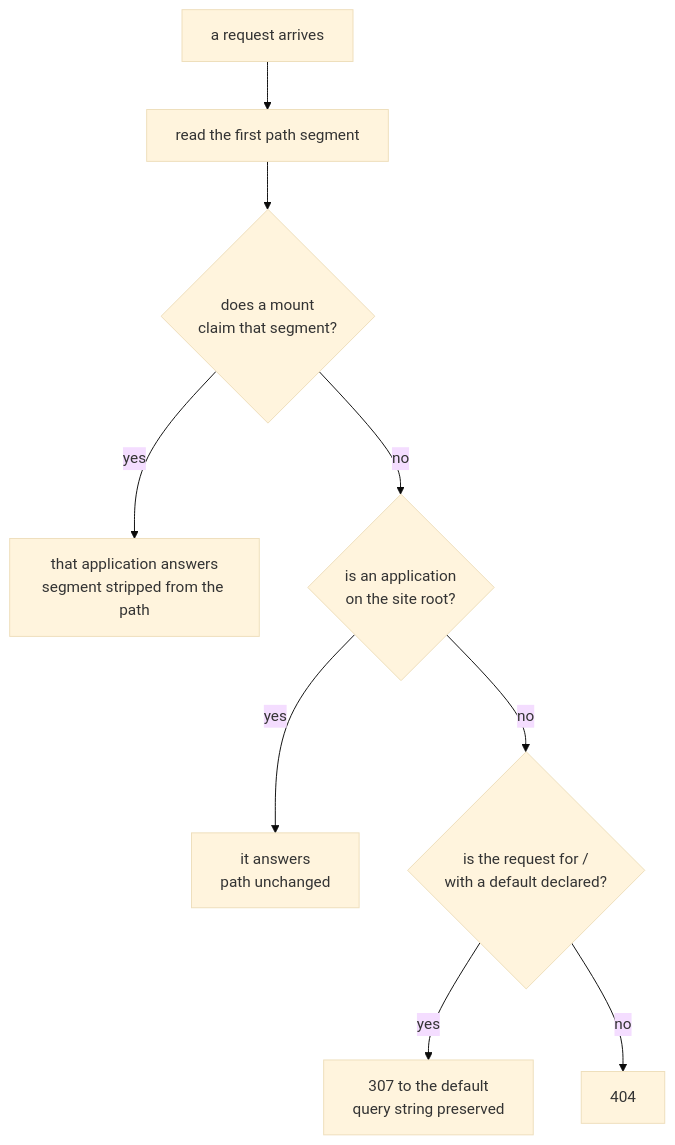
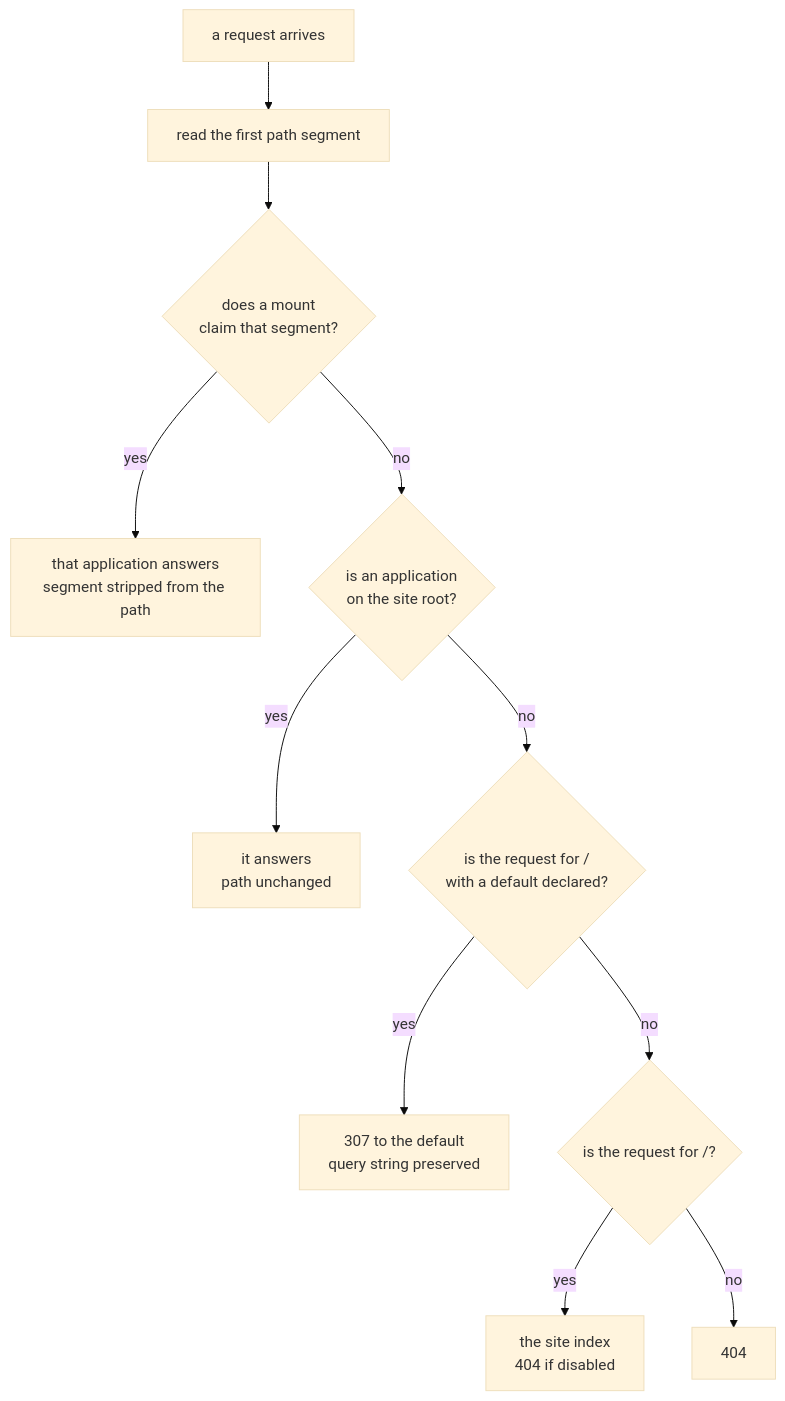
The second of 2 diagrams in internals/10_server/010_server/design.md (genropy/genro-asgi), drawn with Mermaid (base theme) before and after one commit. The commit also changed other lines of this file and 4 other files, not shown here.

Commit message:
docs(spec): the [spec] family settled — D29 demux and site index, D30 request construction, D31 handlers never receive the request

````diff
--- a/internals/10_server/010_server/design.md
+++ b/internals/10_server/010_server/design.md
@@ -175,11 +180,13 @@
 ```mermaid
 flowchart TB
     REQ["a request arrives"] --> SEG["read the first path segment"]
     SEG --> M{"does a mount<br/>claim that segment?"}
     M -->|yes| STRIP["that application answers<br/>segment stripped from the path"]
     M -->|no| R{"is an application<br/>on the site root?"}
     R -->|yes| FULL["it answers<br/>path unchanged"]
     R -->|no| D{"is the request for /<br/>with a default declared?"}
     D -->|yes| RED["307 to the default<br/>query string preserved"]
-    D -->|no| NF["404"]
+    D -->|no| P{"is the request for /?"}
+    P -->|yes| IDX["the site index<br/>404 if disabled"]
+    P -->|no| NF["404"]
 ```
````
